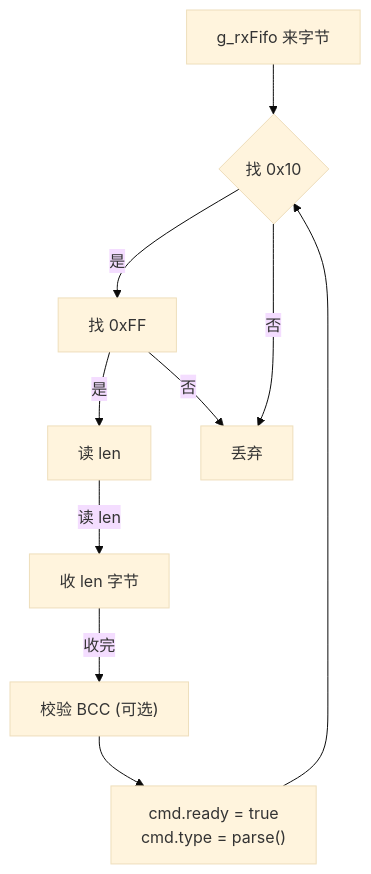
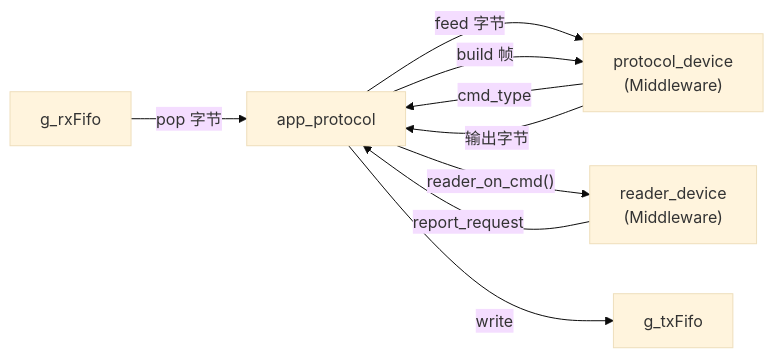
Before and after one commit to Siaiai/ObsidianNote: the third of 10 diagrams in 工作/SR3读卡器/260802SR3读卡器架构.md, drawn with Mermaid (base theme). The commit also changed other lines of this file, not shown here.

````diff
--- a/工作/SR3读卡器/260802SR3读卡器架构.md
+++ b/工作/SR3读卡器/260802SR3读卡器架构.md
@@ -206,12 +133,17 @@
 ```mermaid
-flowchart TD
-    RX["g_rxFifo 来字节"] --> S0{"找 0x10"}
-    S0 -->|"是"| S1["找 0xFF"]
-    S1 -->|"是"| S2["读 len"]
-    S2 -->|"读 len"| S3["收 len 字节"]
-    S3 -->|"收完"| VERIFY["校验 BCC (可选)"]
-    VERIFY --> SET["cmd.ready = true<br/>cmd.type = parse()"]
-    S0 -->|"否"| DROP["丢弃"]
-    S1 -->|"否"| DROP
-    SET --> S0
+flowchart LR
+    RF["g_rxFifo"]
+    TF["g_txFifo"]
+    PROTO["protocol_device<br/>(Middleware)"]
+    READER["reader_device<br/>(Middleware)"]
+
+    RF -->|"pop 字节"| GLUE["app_protocol"]
+    GLUE -->|"feed 字节"| PROTO
+    PROTO -->|"cmd_type"| GLUE
+    GLUE -->|"reader_on_cmd()"| READER
+
+    READER -->|"report_request"| GLUE
+    GLUE -->|"build 帧"| PROTO
+    PROTO -->|"输出字节"| GLUE
+    GLUE -->|"write"| TF
 ```
````
